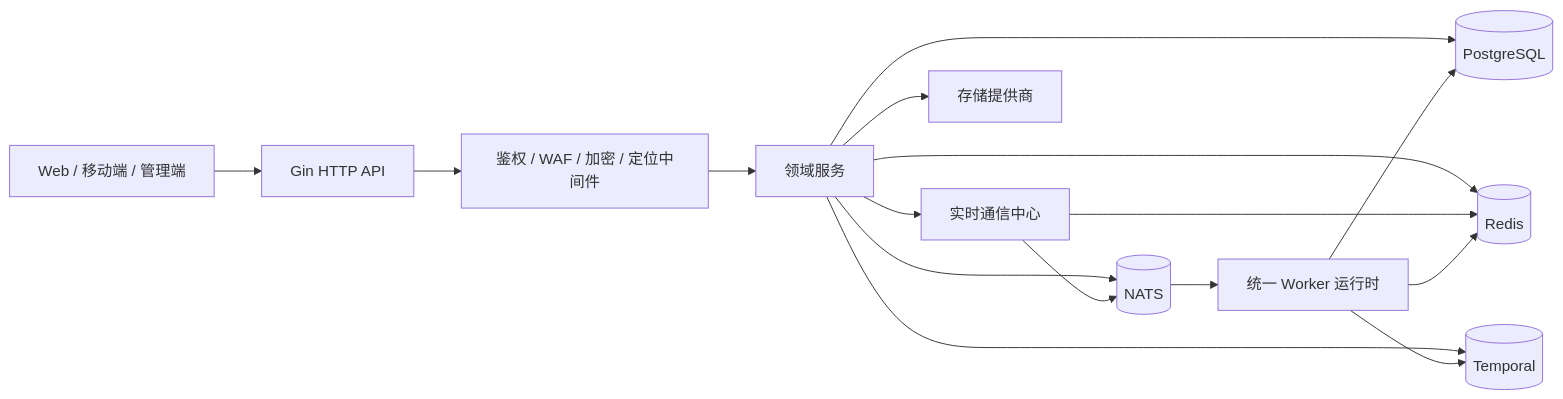
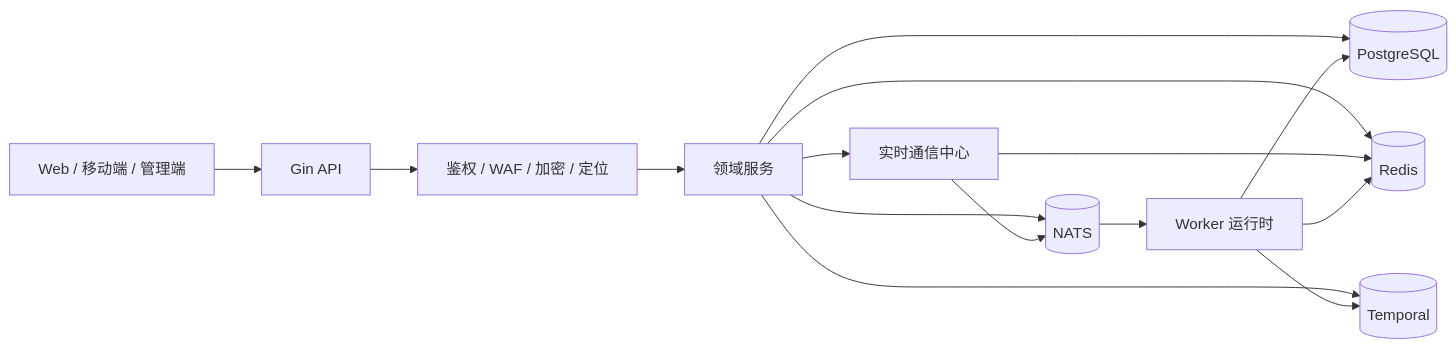
The diagram in README.zh-CN.md (MiChongs/aegis), drawn with Mermaid before and after one commit. The commit also changed other lines of this file and 2 other files, not shown here.

````diff
--- a/README.zh-CN.md
+++ b/README.zh-CN.md
@@ -87,30 +46,28 @@
 ```mermaid
 flowchart LR
     Client[Web / 移动端 / 管理端]
-    API[Gin HTTP API]
-    Mid[鉴权 / WAF / 加密 / 定位中间件]
+    API[Gin API]
+    Mid[鉴权 / WAF / 加密 / 定位]
     Services[领域服务]
     Realtime[实时通信中心]
-    Worker[统一 Worker 运行时]
+    Worker[Worker 运行时]
     PG[(PostgreSQL)]
     Redis[(Redis)]
     NATS[(NATS)]
     Temporal[(Temporal)]
-    OSS[存储提供商]
 
     Client --> API
     API --> Mid
     Mid --> Services
     Services --> PG
     Services --> Redis
     Services --> NATS
     Services --> Temporal
-    Services --> OSS
     Services --> Realtime
     Realtime --> Redis
     Realtime --> NATS
     NATS --> Worker
     Worker --> PG
     Worker --> Redis
     Worker --> Temporal
 ```
````
